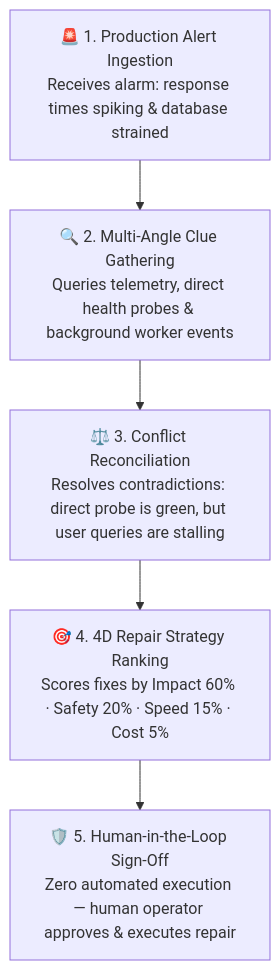
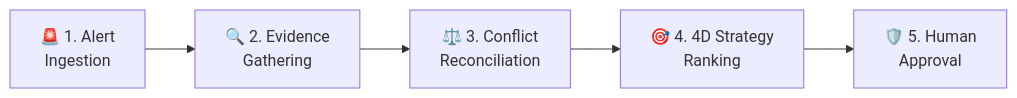
The second of 3 diagrams in README.md (AnasBabari/LEC_AI), drawn with Mermaid before and after one commit. The commit also changed other lines of this file, not shown here.

First line of the commit message:
docs(readme): streamline Mermaid diagrams into compact, clean, readable layouts

````diff
--- a/README.md
+++ b/README.md
@@ -128,13 +102,7 @@
 ```mermaid
-flowchart TD
-    S1["🚨 1. Production Alert Ingestion<br/>Receives alarm: response times spiking & database strained"]
-    S2["🔍 2. Multi-Angle Clue Gathering<br/>Queries telemetry, direct health probes & background worker events"]
-    S3["⚖️ 3. Conflict Reconciliation<br/>Resolves contradictions: direct probe is green, but user queries are stalling"]
-    S4["🎯 4. 4D Repair Strategy Ranking<br/>Scores fixes by Impact 60% · Safety 20% · Speed 15% · Cost 5%"]
-    S5["🛡️ 5. Human-in-the-Loop Sign-Off<br/>Zero automated execution — human operator approves & executes repair"]
-
-    S1 --> S2
-    S2 --> S3
-    S3 --> S4
-    S4 --> S5
+flowchart LR
+    S1["🚨 1. Alert<br/>Ingestion"] --> S2["🔍 2. Evidence<br/>Gathering"]
+    S2 --> S3["⚖️ 3. Conflict<br/>Reconciliation"]
+    S3 --> S4["🎯 4. 4D Strategy<br/>Ranking"]
+    S4 --> S5["🛡️ 5. Human<br/>Approval"]
 ```
````
